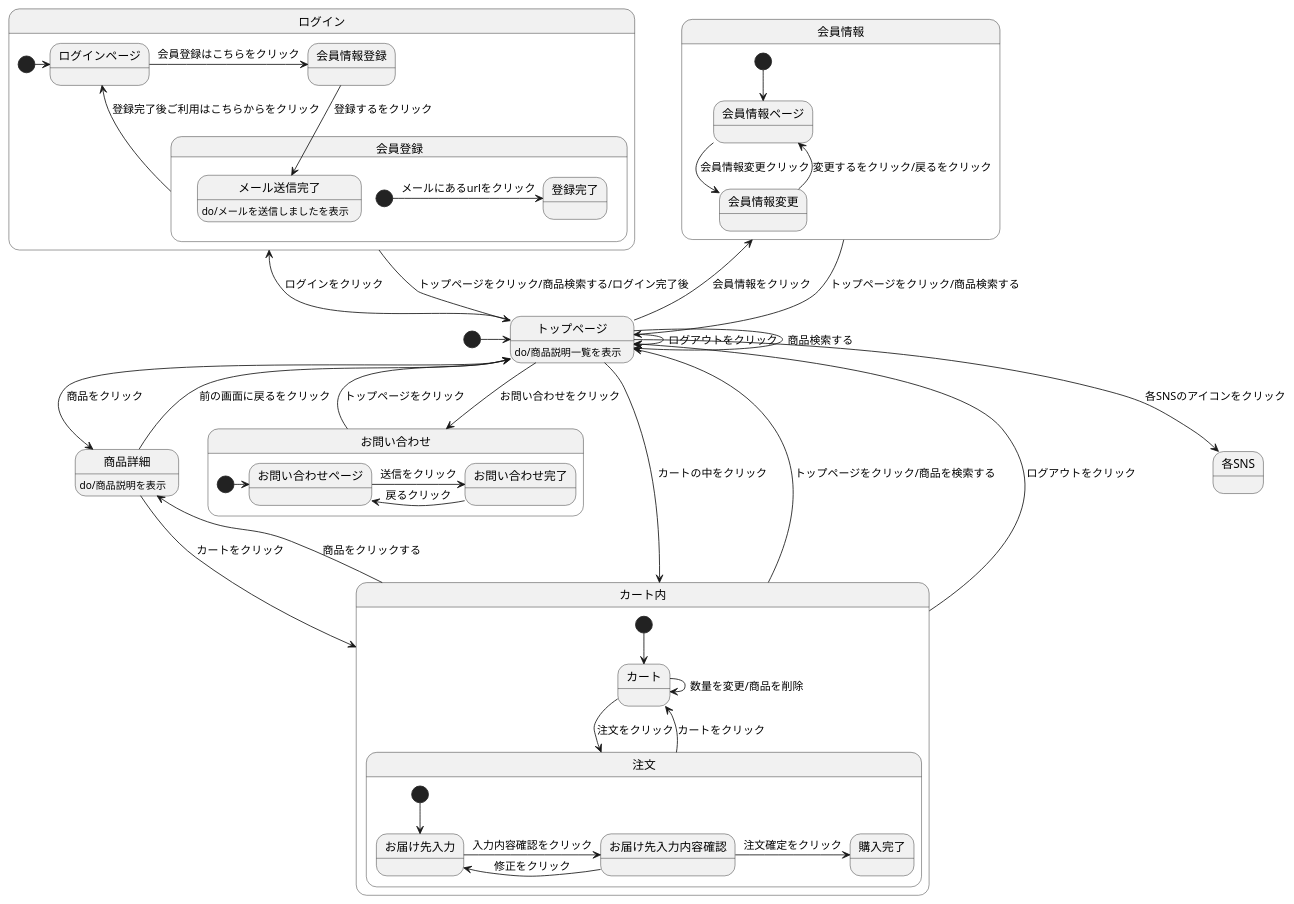
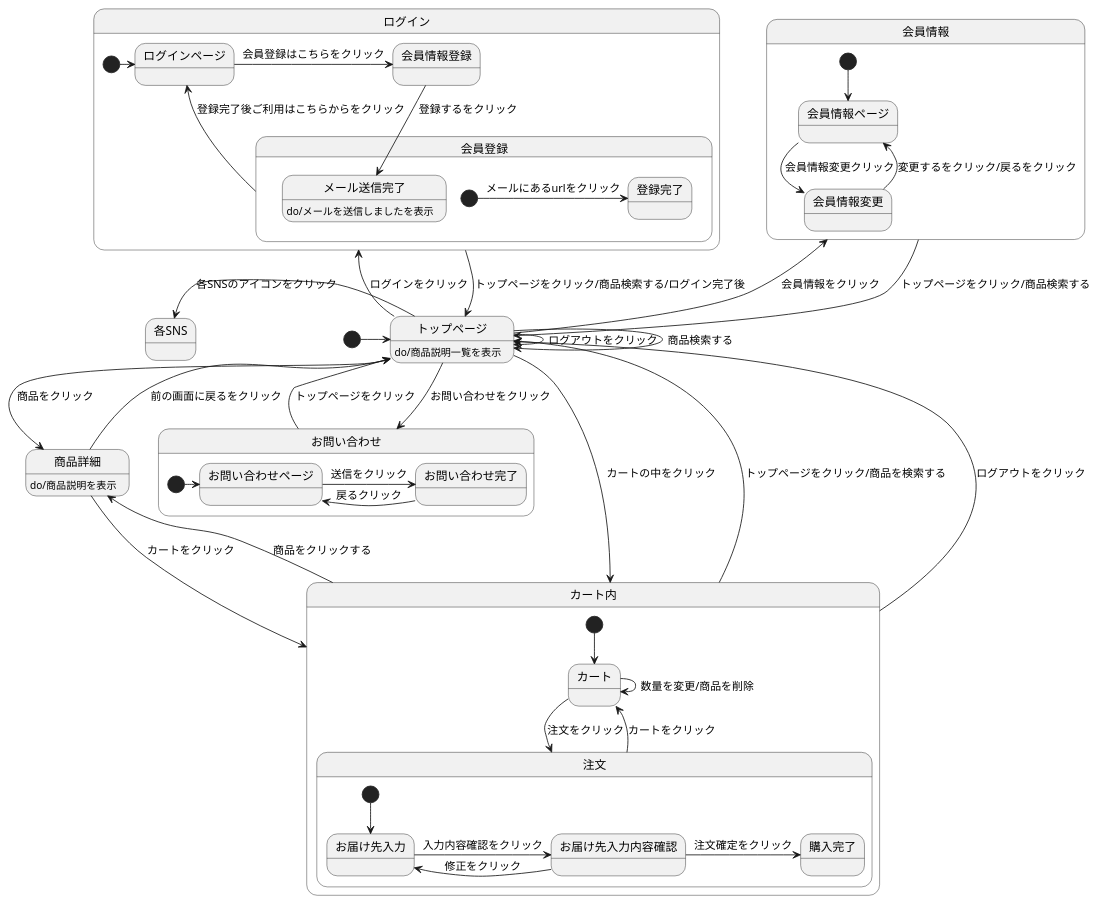
The diagram in original-stm01.md (Aso2001026/2021sys-design), drawn with PlantUML before and after one commit.

````diff
--- a/original-stm01.md
+++ b/original-stm01.md
@@ -2,68 +2,68 @@
 ```uml
 @startuml
 
 [*] -> トップページ
 トップページ -> トップページ : ログアウトをクリック
 トップページ -> トップページ : 商品検索する
 トップページ -> 商品詳細 : 商品をクリック
 トップページ -up-> 会員情報 : 会員情報をクリック
 トップページ -left-> ログイン : ログインをクリック
 トップページ --> カート内 : カートの中をクリック
 トップページ:do/商品説明一覧を表示
-トップページ --> 各SNS : 各SNSのアイコンをクリック
+トップページ -left-> 各SNS : 各SNSのアイコンをクリック
 トップページ --> お問い合わせ :お問い合わせをクリック
 
 state 会員情報{
 [*] --> 会員情報ページ
 会員情報ページ --> 会員情報変更 : 会員情報変更クリック
 会員情報変更 -up-> 会員情報ページ: 変更するをクリック/戻るをクリック
 }
 会員情報 --> トップページ : トップページをクリック/商品検索する
 
 
 
 商品詳細 --> カート内 : カートをクリック
 商品詳細 --> トップページ : 前の画面に戻るをクリック
 商品詳細:do/商品説明を表示
 
 state カート内{
 [*] --> カート
 カート -> 注文 : 注文をクリック
 カート -> カート : 数量を変更/商品を削除
 注文 --> カート : カートをクリック
  state 注文{
   [*] --> お届け先入力
   お届け先入力 -> お届け先入力内容確認 : 入力内容確認をクリック
   お届け先入力内容確認 -> お届け先入力 : 修正をクリック
   お届け先入力内容確認 -> 購入完了 : 注文確定をクリック
  }
 }
 カート内 -up-> トップページ : トップページをクリック/商品を検索する
 カート内 -up-> トップページ : ログアウトをクリック
 カート内 -> 商品詳細 : 商品をクリックする
 
 
 state ログイン{
 [*]->ログインページ
 ログインページ -> 会員情報登録 : 会員登録はこちらをクリック
  state 会員登録{
    会員情報登録 --> メール送信完了 : 登録するをクリック
    メール送信完了 :do/メールを送信しましたを表示
    [*] -> 登録完了 : メールにあるurlをクリック
    会員登録 --> ログインページ : 登録完了後ご利用はこちらからをクリック
  }
 }
 ログイン --> トップページ : トップページをクリック/商品検索する/ログイン完了後
 
 state お問い合わせ{
 [*] -> お問い合わせページ
 お問い合わせページ -> お問い合わせ完了 :送信をクリック
 お問い合わせ完了 -left-> お問い合わせページ : 戻るクリック
 }
 お問い合わせ -left-> トップページ : トップページをクリック
 
 
 
 @enduml
 
 ```
````
